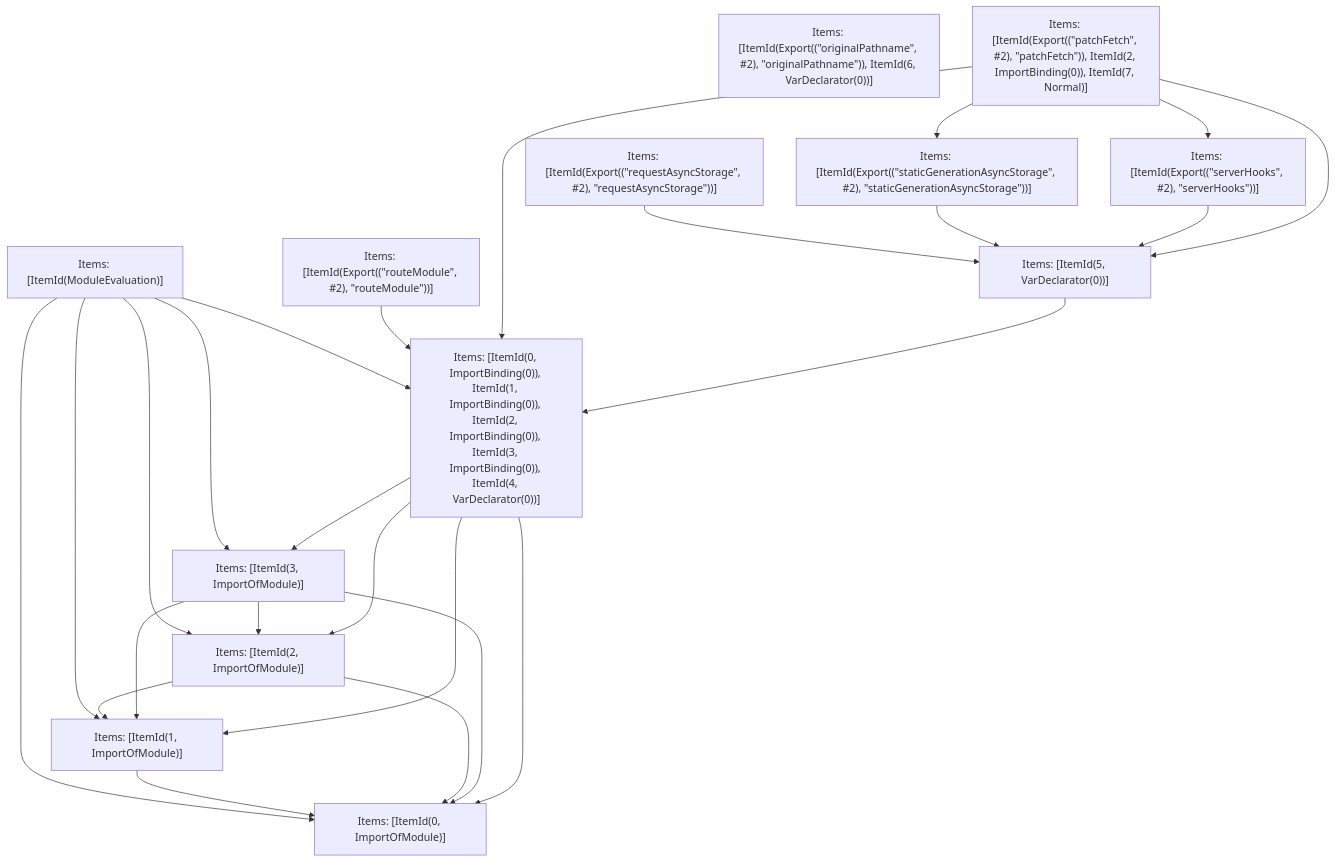
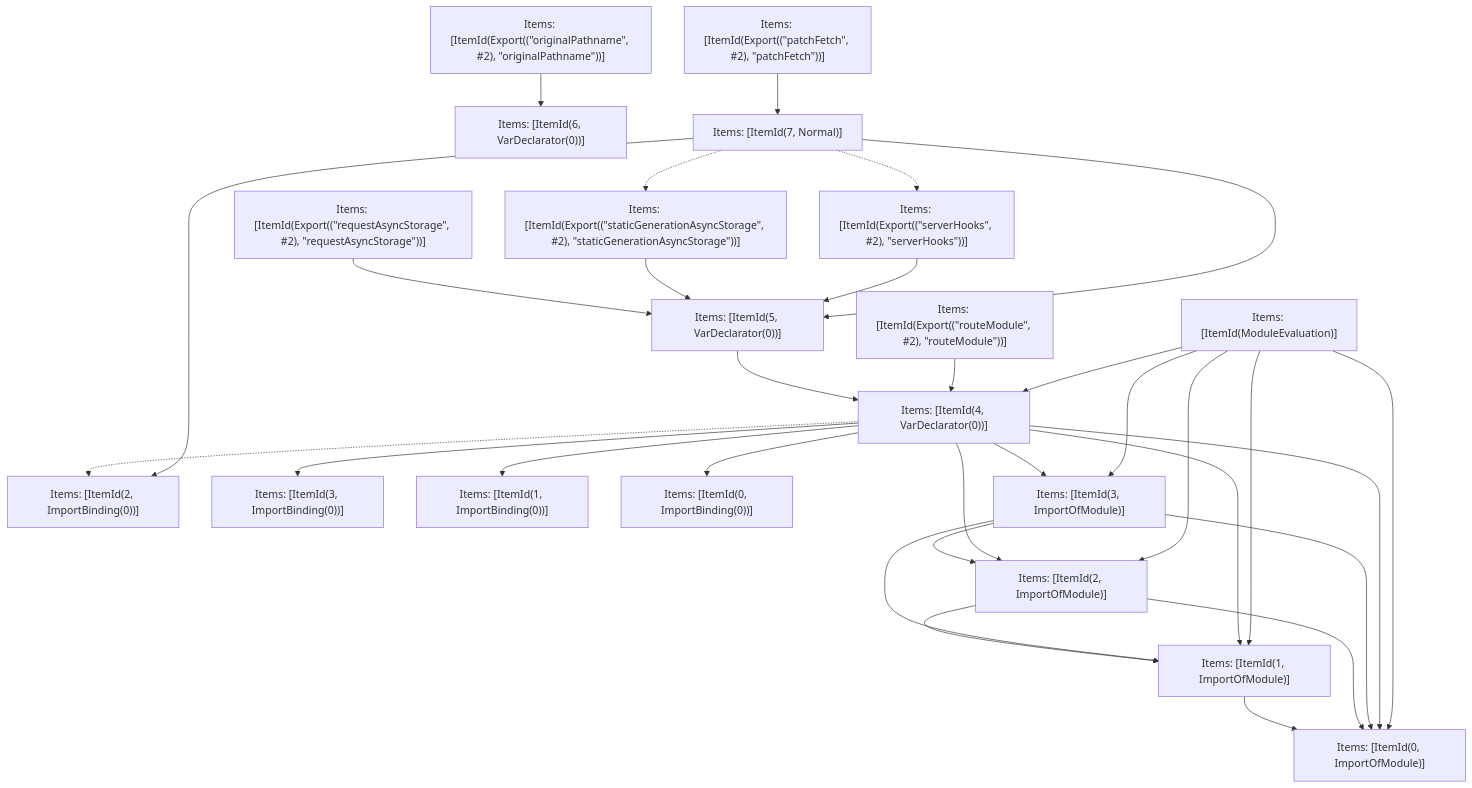
Before and after one commit to vercel/turborepo: the fifth of 5 diagrams in crates/turbopack-ecmascript/tests/tree-shaker/analyzer/app-route/output.md, drawn with Mermaid. The commit also changed other lines of this file and 72 other files, not shown here.

````diff
--- a/crates/turbopack-ecmascript/tests/tree-shaker/analyzer/app-route/output.md
+++ b/crates/turbopack-ecmascript/tests/tree-shaker/analyzer/app-route/output.md
@@ -350,40 +350,52 @@
 ```mermaid
 graph TD
-    N0["Items: [ItemId(ModuleEvaluation)]"];
-    N1["Items: [ItemId(Export((&quot;routeModule&quot;, #2), &quot;routeModule&quot;))]"];
-    N2["Items: [ItemId(Export((&quot;requestAsyncStorage&quot;, #2), &quot;requestAsyncStorage&quot;))]"];
-    N3["Items: [ItemId(Export((&quot;staticGenerationAsyncStorage&quot;, #2), &quot;staticGenerationAsyncStorage&quot;))]"];
-    N4["Items: [ItemId(Export((&quot;serverHooks&quot;, #2), &quot;serverHooks&quot;))]"];
-    N5["Items: [ItemId(Export((&quot;originalPathname&quot;, #2), &quot;originalPathname&quot;)), ItemId(6, VarDeclarator(0))]"];
-    N6["Items: [ItemId(Export((&quot;patchFetch&quot;, #2), &quot;patchFetch&quot;)), ItemId(2, ImportBinding(0)), ItemId(7, Normal)]"];
-    N7["Items: [ItemId(0, ImportOfModule)]"];
-    N8["Items: [ItemId(1, ImportOfModule)]"];
-    N9["Items: [ItemId(2, ImportOfModule)]"];
-    N10["Items: [ItemId(3, ImportOfModule)]"];
-    N11["Items: [ItemId(0, ImportBinding(0)), ItemId(1, ImportBinding(0)), ItemId(2, ImportBinding(0)), ItemId(3, ImportBinding(0)), ItemId(4, VarDeclarator(0))]"];
-    N12["Items: [ItemId(5, VarDeclarator(0))]"];
-    N0 --> N7;
-    N0 --> N8;
-    N0 --> N9;
-    N0 --> N10;
-    N0 --> N11;
-    N1 --> N11;
-    N2 --> N12;
-    N3 --> N12;
-    N4 --> N12;
-    N6 --> N11;
-    N6 --> N12;
-    N6 --> N4;
-    N6 --> N3;
+    N0["Items: [ItemId(6, VarDeclarator(0))]"];
+    N1["Items: [ItemId(Export((&quot;originalPathname&quot;, #2), &quot;originalPathname&quot;))]"];
+    N2["Items: [ItemId(2, ImportBinding(0))]"];
+    N3["Items: [ItemId(3, ImportBinding(0))]"];
+    N4["Items: [ItemId(1, ImportBinding(0))]"];
+    N5["Items: [ItemId(0, ImportBinding(0))]"];
+    N6["Items: [ItemId(0, ImportOfModule)]"];
+    N7["Items: [ItemId(1, ImportOfModule)]"];
+    N8["Items: [ItemId(2, ImportOfModule)]"];
+    N9["Items: [ItemId(3, ImportOfModule)]"];
+    N10["Items: [ItemId(4, VarDeclarator(0))]"];
+    N11["Items: [ItemId(ModuleEvaluation)]"];
+    N12["Items: [ItemId(Export((&quot;routeModule&quot;, #2), &quot;routeModule&quot;))]"];
+    N13["Items: [ItemId(5, VarDeclarator(0))]"];
+    N14["Items: [ItemId(Export((&quot;serverHooks&quot;, #2), &quot;serverHooks&quot;))]"];
+    N15["Items: [ItemId(Export((&quot;staticGenerationAsyncStorage&quot;, #2), &quot;staticGenerationAsyncStorage&quot;))]"];
+    N16["Items: [ItemId(7, Normal)]"];
+    N17["Items: [ItemId(Export((&quot;patchFetch&quot;, #2), &quot;patchFetch&quot;))]"];
+    N18["Items: [ItemId(Export((&quot;requestAsyncStorage&quot;, #2), &quot;requestAsyncStorage&quot;))]"];
+    N7 --> N6;
+    N8 --> N6;
     N8 --> N7;
+    N9 --> N6;
     N9 --> N7;
     N9 --> N8;
+    N10 --> N5;
+    N10 --> N4;
+    N10 --> N3;
+    N10 --> N6;
     N10 --> N7;
     N10 --> N8;
     N10 --> N9;
+    N10 -.-> N2;
+    N13 --> N10;
+    N12 --> N10;
+    N18 --> N13;
+    N15 --> N13;
+    N14 --> N13;
+    N1 --> N0;
+    N17 --> N16;
+    N16 --> N2;
+    N16 --> N13;
+    N16 -.-> N14;
+    N16 -.-> N15;
+    N11 --> N6;
     N11 --> N7;
     N11 --> N8;
     N11 --> N9;
     N11 --> N10;
-    N12 --> N11;
 ```
````
